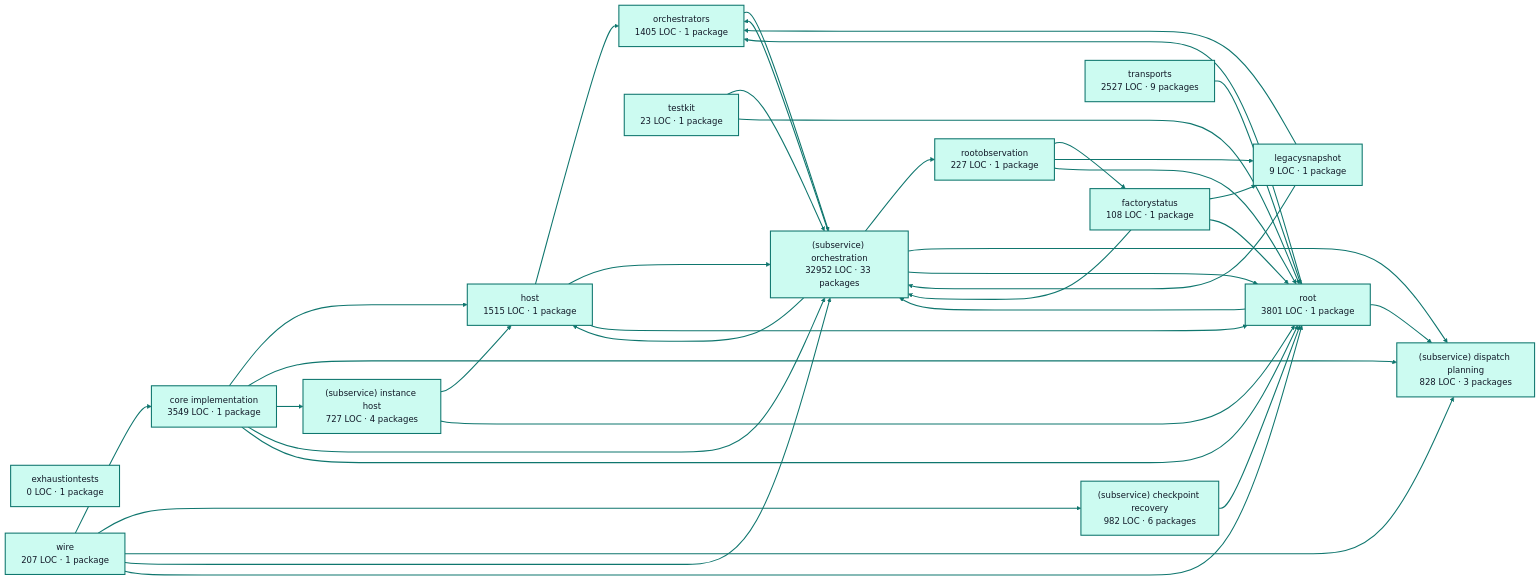
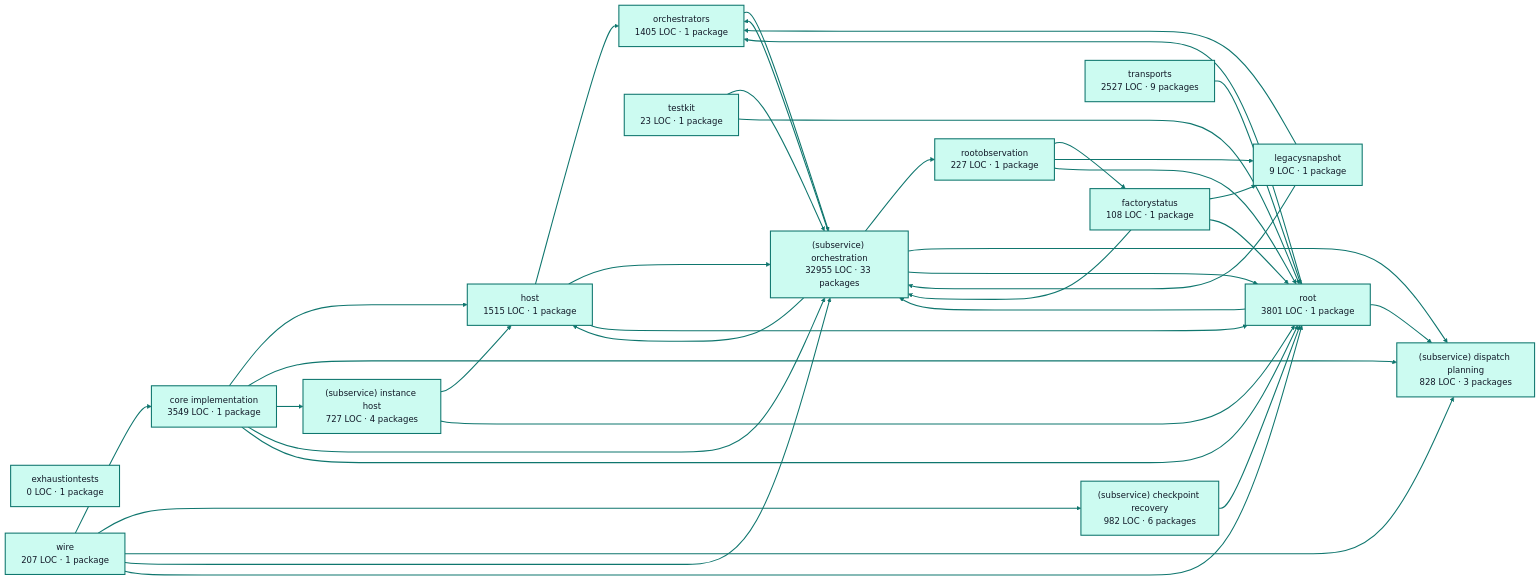
The diagram in docs/architecture/visualizations/services/factory_runtime.md (portpowered/you-agent-factory), drawn with Mermaid before and after one commit. The commit also changed other lines of this file and 20 other files, not shown here.

Commit message:
docs: refresh backend architecture visualizations

````diff
--- a/docs/architecture/visualizations/services/factory_runtime.md
+++ b/docs/architecture/visualizations/services/factory_runtime.md
@@ -11,70 +11,70 @@
 ```mermaid
 flowchart LR
   p0["core implementation<br/>3549 LOC · 1 package"]
   p1["exhaustiontests<br/>0 LOC · 1 package"]
   p2["factorystatus<br/>108 LOC · 1 package"]
   p3["host<br/>1515 LOC · 1 package"]
   p4["legacysnapshot<br/>9 LOC · 1 package"]
   p5["orchestrators<br/>1405 LOC · 1 package"]
   p6["rootobservation<br/>227 LOC · 1 package"]
   p7["(subservice) checkpoint recovery<br/>982 LOC · 6 packages"]
   p8["(subservice) dispatch planning<br/>828 LOC · 3 packages"]
   p9["(subservice) instance host<br/>727 LOC · 4 packages"]
-  p10["(subservice) orchestration<br/>32952 LOC · 33 packages"]
+  p10["(subservice) orchestration<br/>32955 LOC · 33 packages"]
   p11["testkit<br/>23 LOC · 1 package"]
   p12["root<br/>3801 LOC · 1 package"]
   p13["transports<br/>2527 LOC · 9 packages"]
   p14["wire<br/>207 LOC · 1 package"]
   p0 --> p3
   p0 --> p8
   p0 --> p9
   p0 --> p10
   p0 --> p12
   p2 --> p4
   p2 --> p10
   p2 --> p12
   p3 --> p5
   p3 --> p10
   p3 --> p12
   p4 --> p5
   p4 --> p10
   p5 --> p10
   p6 --> p2
   p6 --> p4
   p6 --> p12
   p7 --> p12
   p9 --> p3
   p9 --> p12
   p10 --> p3
   p10 --> p5
   p10 --> p6
   p10 --> p8
   p10 --> p12
   p11 --> p10
   p11 --> p12
   p12 --> p5
   p12 --> p8
   p12 --> p10
   p13 --> p12
   p14 --> p0
   p14 --> p7
   p14 --> p8
   p14 --> p10
   p14 --> p12
   style p0 fill:#ccfbf1,stroke:#0f766e,stroke-width:2px,color:#111827
   style p1 fill:#ccfbf1,stroke:#0f766e,stroke-width:2px,color:#111827
   style p2 fill:#ccfbf1,stroke:#0f766e,stroke-width:2px,color:#111827
   style p3 fill:#ccfbf1,stroke:#0f766e,stroke-width:2px,color:#111827
   style p4 fill:#ccfbf1,stroke:#0f766e,stroke-width:2px,color:#111827
   style p5 fill:#ccfbf1,stroke:#0f766e,stroke-width:2px,color:#111827
   style p6 fill:#ccfbf1,stroke:#0f766e,stroke-width:2px,color:#111827
   style p7 fill:#ccfbf1,stroke:#0f766e,stroke-width:2px,color:#111827
   style p8 fill:#ccfbf1,stroke:#0f766e,stroke-width:2px,color:#111827
   style p9 fill:#ccfbf1,stroke:#0f766e,stroke-width:2px,color:#111827
   style p10 fill:#ccfbf1,stroke:#0f766e,stroke-width:2px,color:#111827
   style p11 fill:#ccfbf1,stroke:#0f766e,stroke-width:2px,color:#111827
   style p12 fill:#ccfbf1,stroke:#0f766e,stroke-width:2px,color:#111827
   style p13 fill:#ccfbf1,stroke:#0f766e,stroke-width:2px,color:#111827
   style p14 fill:#ccfbf1,stroke:#0f766e,stroke-width:2px,color:#111827
   linkStyle default stroke:#0f766e,stroke-width:2px
 ```
````
